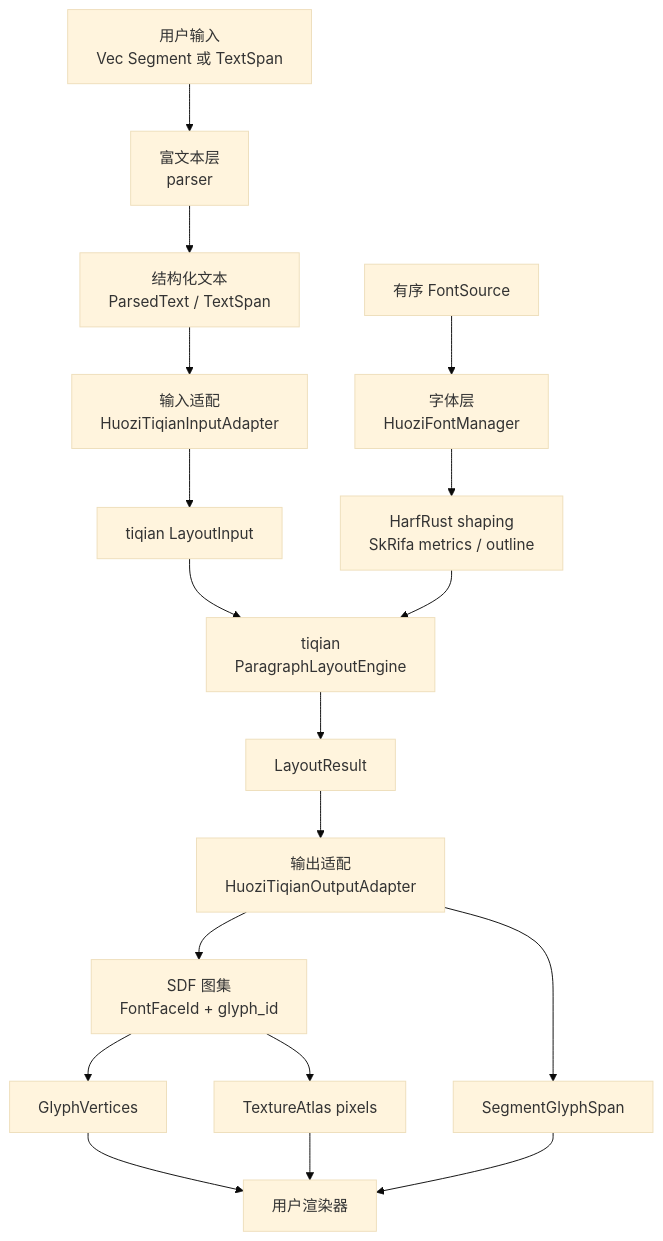
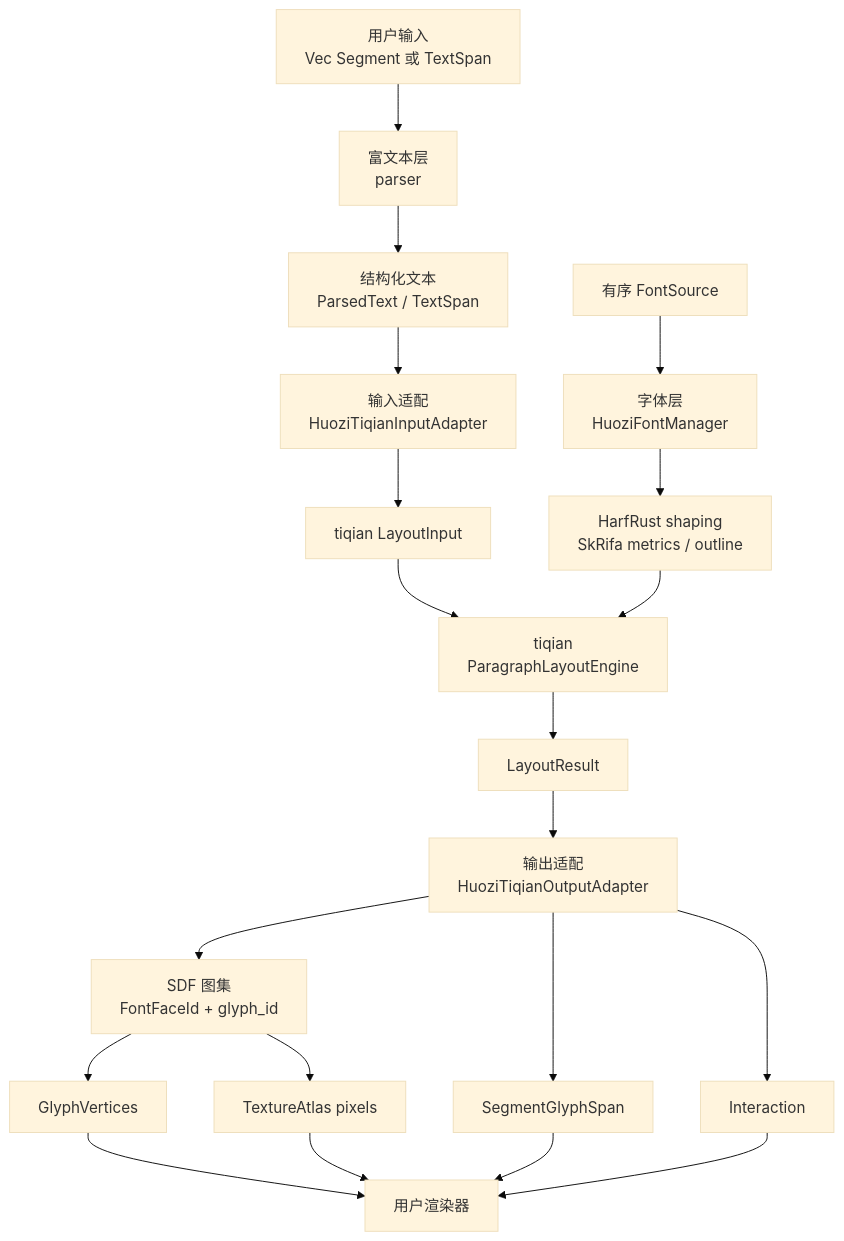
The diagram in docs/architecture.md (Icemic/huozi-rs), drawn with Mermaid (base theme) before and after one commit. The commit also changed other lines of this file and 1 other file, not shown here.

Commit message:
docs: document interaction hit testing support

````diff
--- a/docs/architecture.md
+++ b/docs/architecture.md
@@ -40,20 +40,22 @@
 ```mermaid
 flowchart TD
     A[用户输入\nVec Segment 或 TextSpan] --> B[富文本层\nparser]
     B --> C[结构化文本\nParsedText / TextSpan]
     C --> D[输入适配\nHuoziTiqianInputAdapter]
     D --> E[tiqian LayoutInput]
     F[有序 FontSource] --> G[字体层\nHuoziFontManager]
     G --> H[HarfRust shaping\nSkRifa metrics / outline]
     E --> I[tiqian\nParagraphLayoutEngine]
     H --> I
     I --> J[LayoutResult]
     J --> K[输出适配\nHuoziTiqianOutputAdapter]
     K --> L[SDF 图集\nFontFaceId + glyph_id]
     L --> M[GlyphVertices]
     K --> N[SegmentGlyphSpan]
+    K --> Q[Interaction]
     M --> O[用户渲染器]
     N --> O
+    Q --> O
     L --> P[TextureAtlas pixels]
     P --> O
 ```
````
